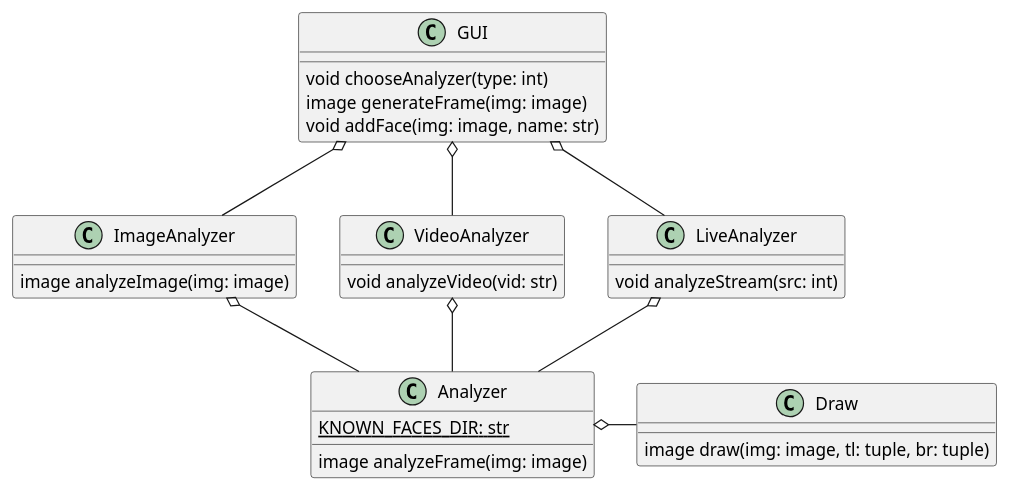
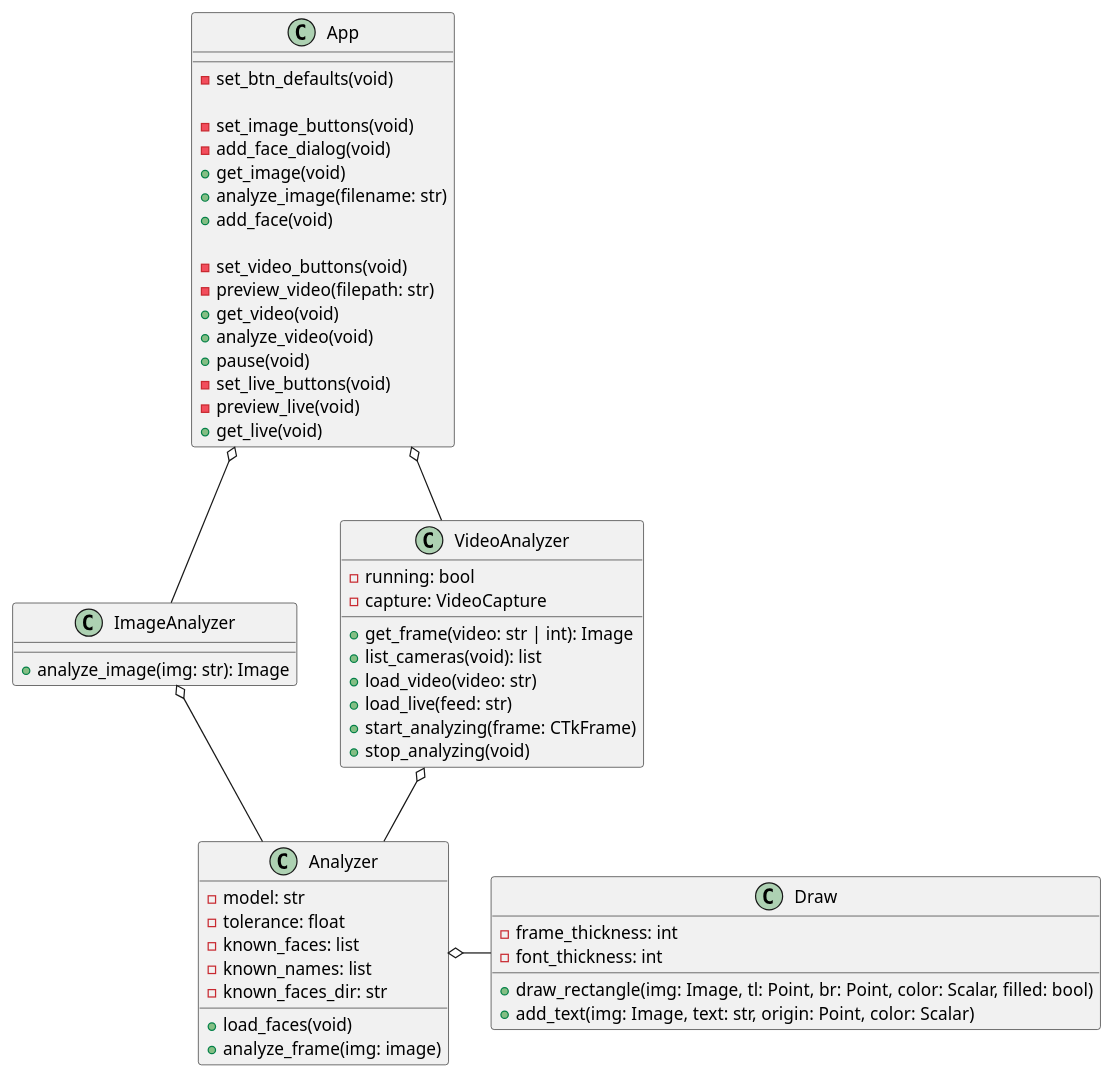
The diagram in docs/diagrams/src/class-diagram.plantuml (mhuybregts/vision-id), drawn with PlantUML before and after one commit. The commit also changed 6 other files, not shown here.

Commit message:
docs: Update diagrams and README

```diff
--- a/docs/diagrams/src/class-diagram.plantuml
+++ b/docs/diagrams/src/class-diagram.plantuml
@@ -1,37 +1,60 @@
 @startuml vision-id-class
-class GUI {
-    void chooseAnalyzer(type: int)
-    image generateFrame(img: image)
-    void addFace(img: image, name: str)
+class App {
+    -set_btn_defaults(void)
+
+    -set_image_buttons(void)
+    -add_face_dialog(void)
+    +get_image(void)
+    +analyze_image(filename: str)
+    +add_face(void)
+
+    -set_video_buttons(void)
+    -preview_video(filepath: str)
+    +get_video(void)
+    +analyze_video(void)
+    +pause(void)
+    -set_live_buttons(void)
+    -preview_live(void)
+    +get_live(void)
 }
 
 class Analyzer {
-    {static} KNOWN_FACES_DIR: str
-    image analyzeFrame(img: image)
+    -model: str
+    -tolerance: float
+    -known_faces: list
+    -known_names: list
+    -known_faces_dir: str
+    +load_faces(void)
+    +analyze_frame(img: image)
 }
 
 class Draw {
-    image draw(img: image, tl: tuple, br: tuple)
+    -frame_thickness: int
+    -font_thickness: int
+    +draw_rectangle(img: Image, tl: Point, br: Point, color: Scalar, filled: bool)
+    +add_text(img: Image, text: str, origin: Point, color: Scalar)
 }
 
 class ImageAnalyzer {
-    image analyzeImage(img: image)
+    +analyze_image(img: str): Image
 }
 class VideoAnalyzer {
-    void analyzeVideo(vid: str)
-}
-class LiveAnalyzer {
-    void analyzeStream(src: int)
+    -running: bool
+    -capture: VideoCapture
+    +get_frame(video: str | int): Image
+    +list_cameras(void): list
+    +load_video(video: str)
+    +load_live(feed: str)
+    +start_analyzing(frame: CTkFrame)
+    +stop_analyzing(void)
 }
 
-GUI o-- ImageAnalyzer
-GUI o-- VideoAnalyzer
-GUI o-- LiveAnalyzer
+App o-- ImageAnalyzer
+App o-- VideoAnalyzer
 
 Analyzer o- Draw
 
 ImageAnalyzer o-- Analyzer
 VideoAnalyzer o-- Analyzer
-LiveAnalyzer o-- Analyzer
 
 @enduml
```
